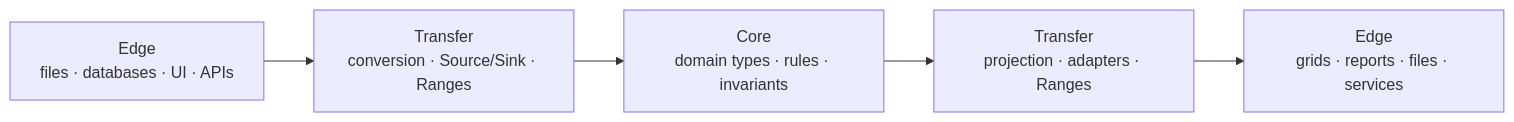
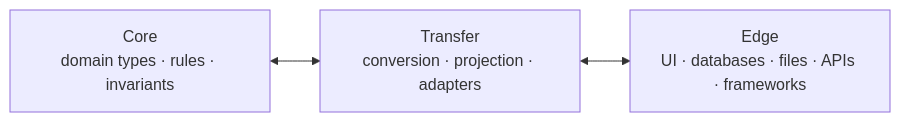
Before and after one commit to adeccscholar/BuildEngine-Admin: the first of 13 diagrams in admin/server-docs/story.md, drawn with Mermaid. The commit also changed other lines of this file, not shown here.

Commit message:
Clarify Core Transfer Edge and human-readable XML contracts

````diff
--- a/admin/server-docs/story.md
+++ b/admin/server-docs/story.md
@@ -107,10 +107,8 @@
 ```mermaid
 flowchart LR
-   EdgeIn["Edge<br/>files · databases · UI · APIs"]
-   TransferIn["Transfer<br/>conversion · Source/Sink · Ranges"]
    Core["Core<br/>domain types · rules · invariants"]
-   TransferOut["Transfer<br/>projection · adapters · Ranges"]
-   EdgeOut["Edge<br/>grids · reports · files · services"]
+   Transfer["Transfer<br/>conversion · projection · adapters"]
+   Edge["Edge<br/>UI · databases · files · APIs · frameworks"]
 
-   EdgeIn --> TransferIn --> Core --> TransferOut --> EdgeOut
+   Core <--> Transfer <--> Edge
 ```
````
